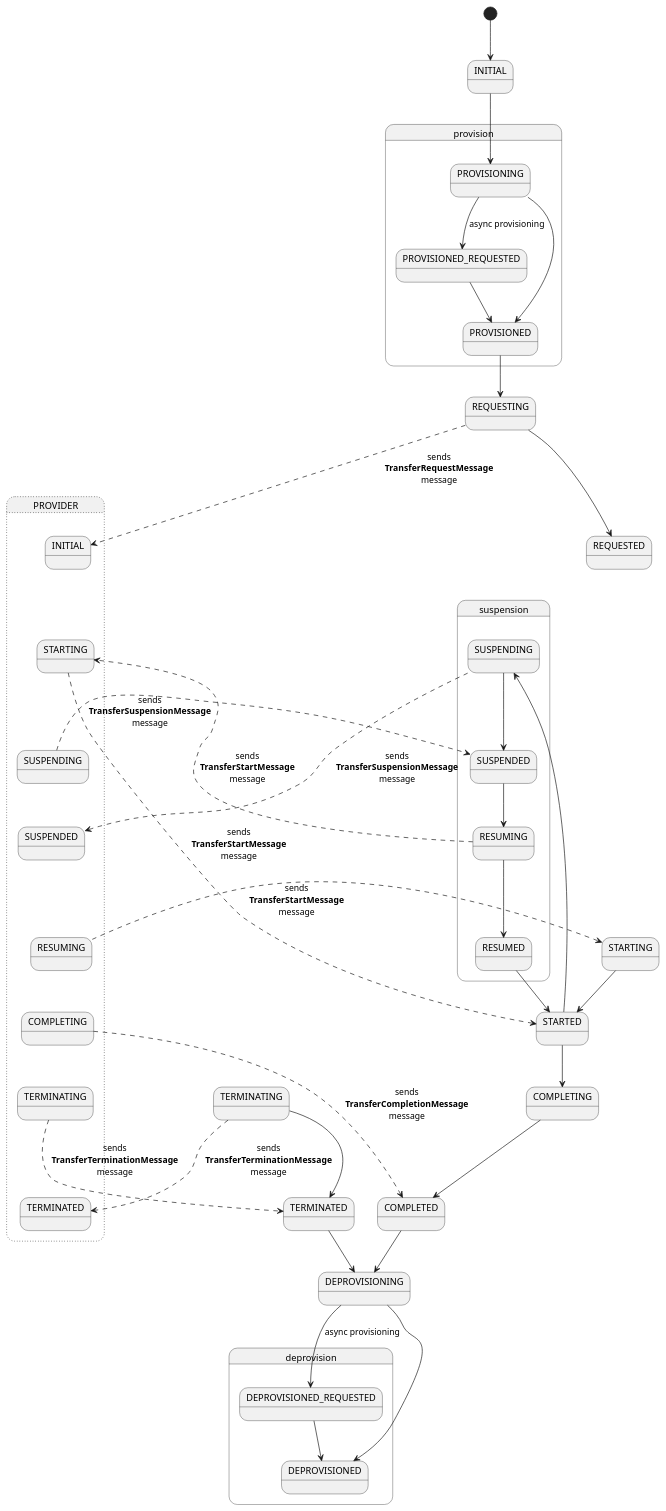
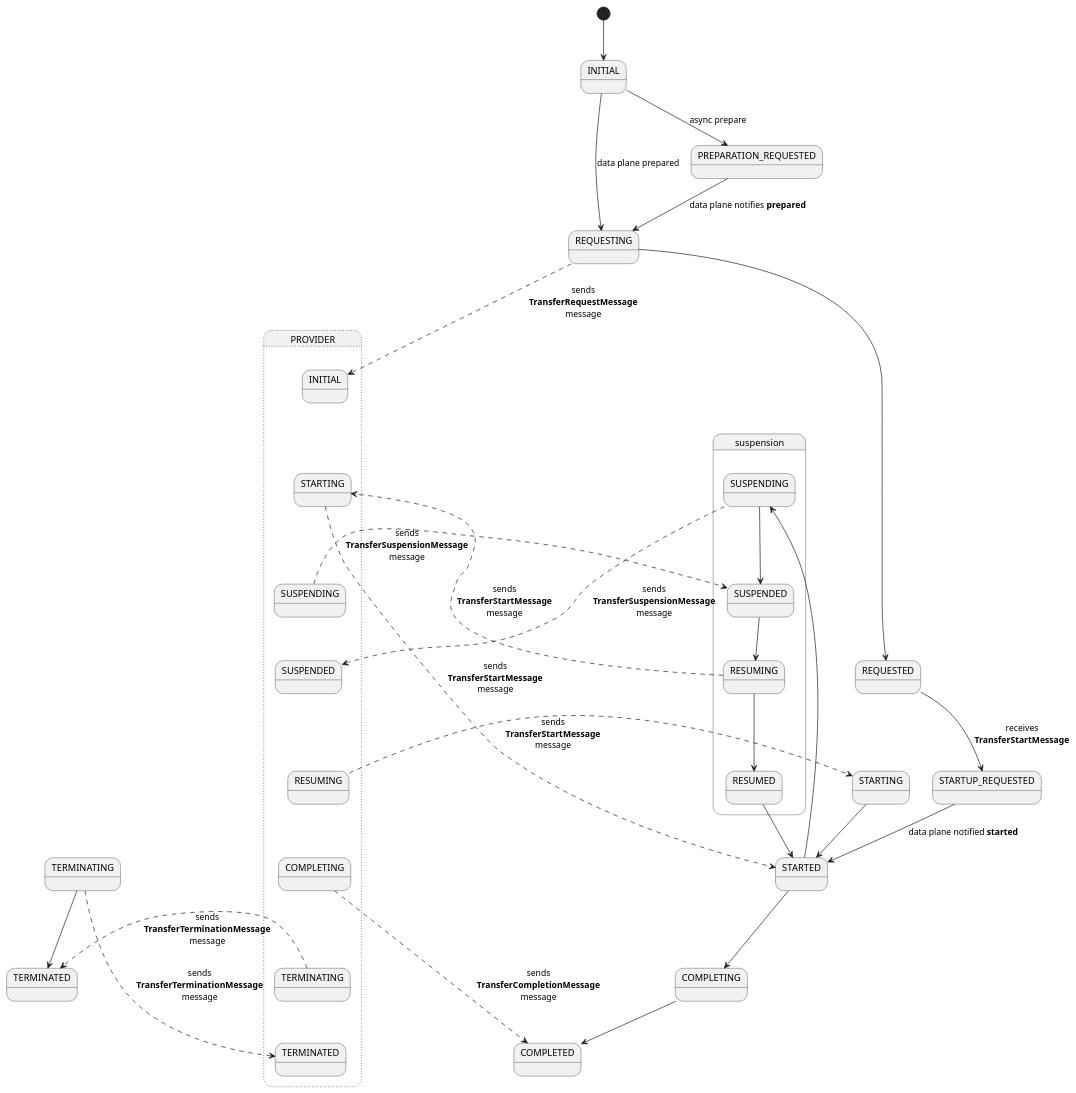
Before and after one commit to eclipse-edc/eclipse-edc.github.io: the diagram in content/en/documentation/for-contributors/control-plane/entities/transfer-process-consumer-states.puml, drawn with PlantUML. The commit also changed 37 other files, not shown here.

```diff
--- a/content/en/documentation/for-contributors/control-plane/entities/transfer-process-consumer-states.puml
+++ b/content/en/documentation/for-contributors/control-plane/entities/transfer-process-consumer-states.puml
@@ -15,120 +15,104 @@
 @startuml
 
   state "INITIAL" as INITIAL_consumer {
   }
   state "STARTING" as STARTING_consumer {
   }
   state "STARTED" as STARTED_consumer {
   }
 
   state "suspension" as suspension_consumer {
     state "SUSPENDING" as SUSPENDING_consumer {
     }
     state "SUSPENDED" as SUSPENDED_consumer {
     }
     state "RESUMING" as RESUMING_consumer {
     }
     state "RESUMED" as RESUMED_consumer {
     }
 
     STARTED_consumer --> SUSPENDING_consumer
     SUSPENDING_consumer --> SUSPENDED_consumer
     SUSPENDED_consumer --> RESUMING_consumer
     RESUMING_consumer --> RESUMED_consumer
     RESUMED_consumer --> STARTED_consumer
   }
 
   state "COMPLETING" as COMPLETING_consumer {
   }
   state "COMPLETED" as COMPLETED_consumer {
   }
-  state "provision" as provision_consumer {
-      state "PROVISIONING" as PROVISIONING_consumer {
-      }
-      state "PROVISIONED_REQUESTED" as PROVISIONED_REQUESTED_consumer {
-      }
-      state "PROVISIONED" as PROVISIONED_consumer {
-      }
-      PROVISIONING_consumer --> PROVISIONED_REQUESTED_consumer : async provisioning
-      PROVISIONED_REQUESTED_consumer --> PROVISIONED_consumer
-      PROVISIONING_consumer --> PROVISIONED_consumer
+  state "PREPARATION_REQUESTED" as PREPARATION_REQUESTED_consumer {
+  }
+  state "STARTUP_REQUESTED" as STARTUP_REQUESTED_consumer {
   }
   state "TERMINATING" as TERMINATING_consumer {
   }
   state "TERMINATED" as TERMINATED_consumer {
   }
 
   state PROVIDER ##[dotted] {
 
     state "INITIAL" as INITIAL_provider {
     }
 
     state "STARTING" as STARTING_provider {
     }
 
     state "SUSPENDING" as SUSPENDING_provider {
     }
 
     state "SUSPENDED" as SUSPENDED_provider {
     }
 
     state "RESUMING" as RESUMING_provider {
     }
 
     state "COMPLETING" as COMPLETING_provider {
     }
 
     state "TERMINATING" as TERMINATING_provider {
     }
 
     state "TERMINATED" as TERMINATED_provider {
     }
 
     INITIAL_provider -[hidden]-> STARTING_provider
     STARTING_provider -[hidden]-> SUSPENDING_provider
     SUSPENDING_provider -[hidden]-> SUSPENDED_provider
     SUSPENDED_provider -[hidden]-> RESUMING_provider
     RESUMING_provider -[hidden]-> COMPLETING_provider
     COMPLETING_provider -[hidden]-> TERMINATING_provider
     TERMINATING_provider -[hidden]-> TERMINATED_provider
 
     RESUMING_consumer -[dashed]-> STARTING_provider : sends\n**TransferStartMessage**\nmessage
     SUSPENDING_consumer -left[dashed]-> SUSPENDED_provider : sends\n**TransferSuspensionMessage**\nmessage
 
     ' incoming messages
     SUSPENDING_provider -right[dashed]-> SUSPENDED_consumer : sends\n**TransferSuspensionMessage**\nmessage
     STARTING_provider -right[dashed]-> STARTED_consumer : sends\n**TransferStartMessage**\nmessage
     RESUMING_provider -right[dashed]-> STARTING_consumer : sends\n**TransferStartMessage**\nmessage
     COMPLETING_provider -right[dashed]-> COMPLETED_consumer : sends\n**TransferCompletionMessage**\nmessage
     TERMINATING_provider -right[dashed]-> TERMINATED_consumer : sends\n**TransferTerminationMessage**\nmessage
   }
 
   [*] --> INITIAL_consumer
-  INITIAL_consumer --> PROVISIONING_consumer
-  PROVISIONED_consumer --> REQUESTING
+  INITIAL_consumer --> REQUESTING : data plane prepared
+  INITIAL_consumer --> PREPARATION_REQUESTED_consumer : async prepare
+  PREPARATION_REQUESTED_consumer --> REQUESTING : data plane notifies **prepared**
   REQUESTING --> REQUESTED
   REQUESTING -[dashed]-> INITIAL_provider : sends\n**TransferRequestMessage**\nmessage
 
+  REQUESTED --> STARTUP_REQUESTED_consumer : receives\n**TransferStartMessage**
+  STARTUP_REQUESTED_consumer --> STARTED_consumer : data plane notified **started**
   REQUESTED -[hidden]-> STARTING_consumer : used for layout
   STARTING_consumer --> STARTED_consumer
 
   STARTED_consumer --> COMPLETING_consumer
 
   COMPLETING_consumer --> COMPLETED_consumer
-  COMPLETED_consumer --> DEPROVISIONING
 
   TERMINATING_consumer --> TERMINATED_consumer
   TERMINATING_consumer -[dashed]-> TERMINATED_provider : sends\n**TransferTerminationMessage**\nmessage
-  TERMINATED_consumer --> DEPROVISIONING
-
-state deprovision {
-    state DEPROVISIONING {
-    }
-    state DEPROVISIONED {
-    }
-    DEPROVISIONING --> DEPROVISIONED_REQUESTED : async provisioning
-    DEPROVISIONED_REQUESTED --> DEPROVISIONED
-    DEPROVISIONING --> DEPROVISIONED
-}
 
 @enduml
```
